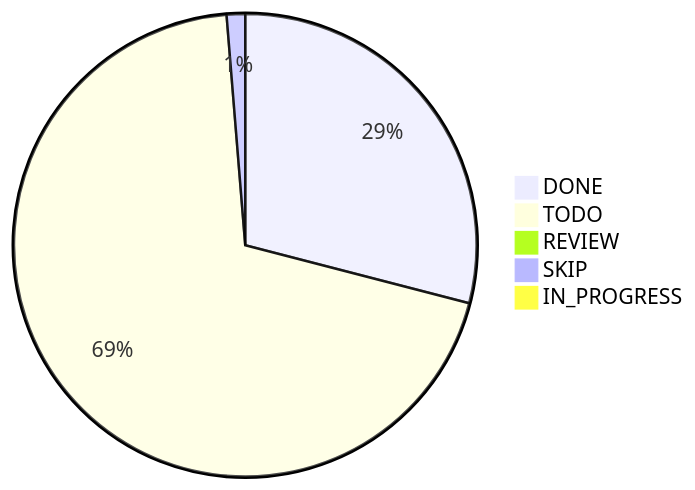
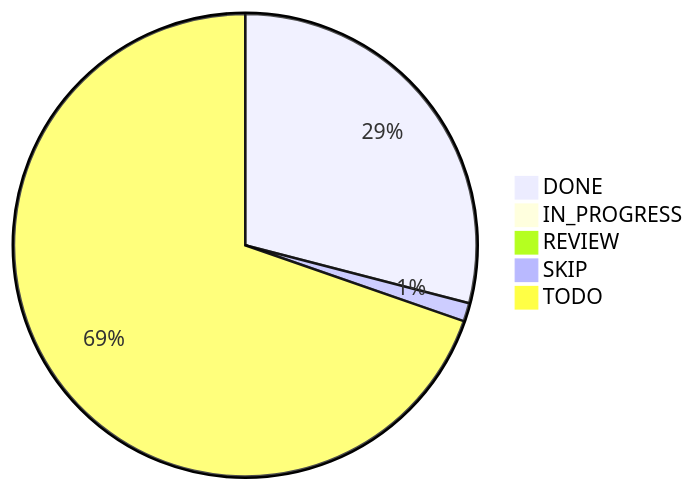
One commit to marleeeeeey/cpp_notes changed the second of 7 diagrams in PROGRESS.md. Above: the diagram before and after it, drawn with Mermaid. The commit also changed other lines of this file and 3 other files, not shown here.

Commit message:
Fix pie chart generation issues.

````diff
--- a/PROGRESS.md
+++ b/PROGRESS.md
@@ -14,8 +14,8 @@
 ```mermaid
 pie
   "DONE" : 45
-  "TODO" : 108
+  "IN_PROGRESS" : 1
   "REVIEW" : 1
   "SKIP" : 2
-  "IN_PROGRESS" : 1
+  "TODO" : 108
 ```
````
